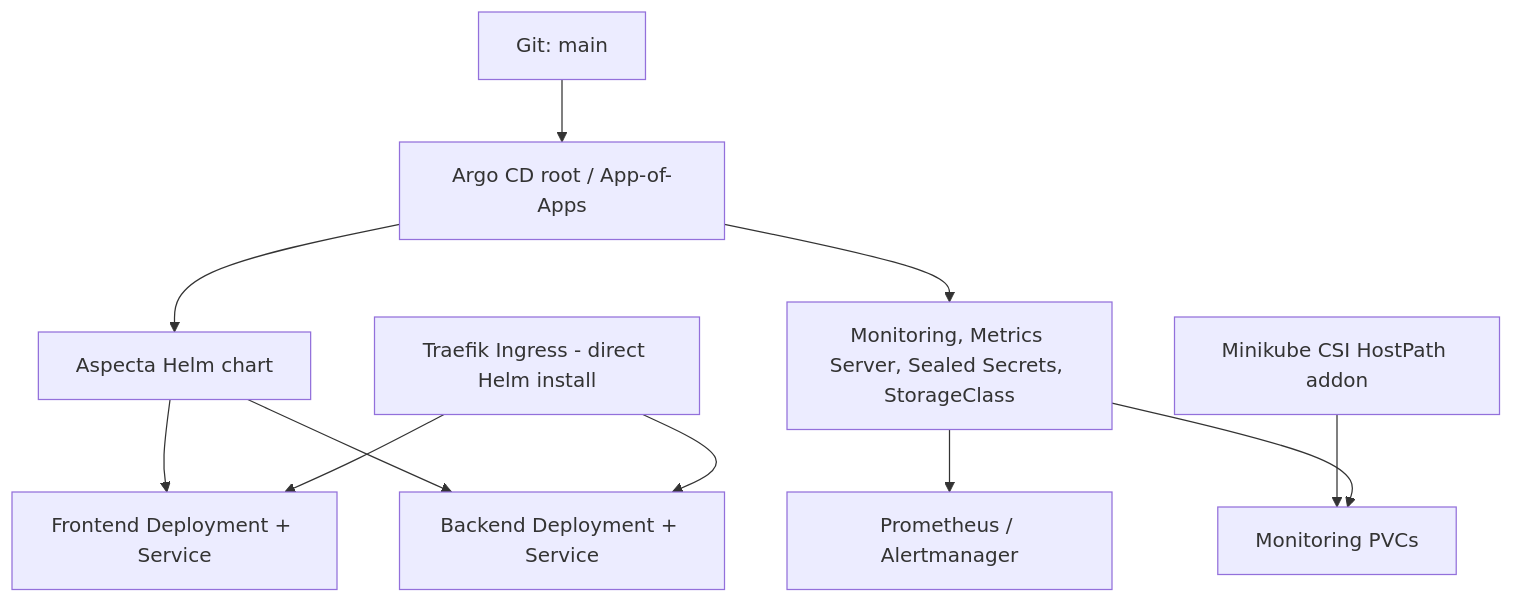
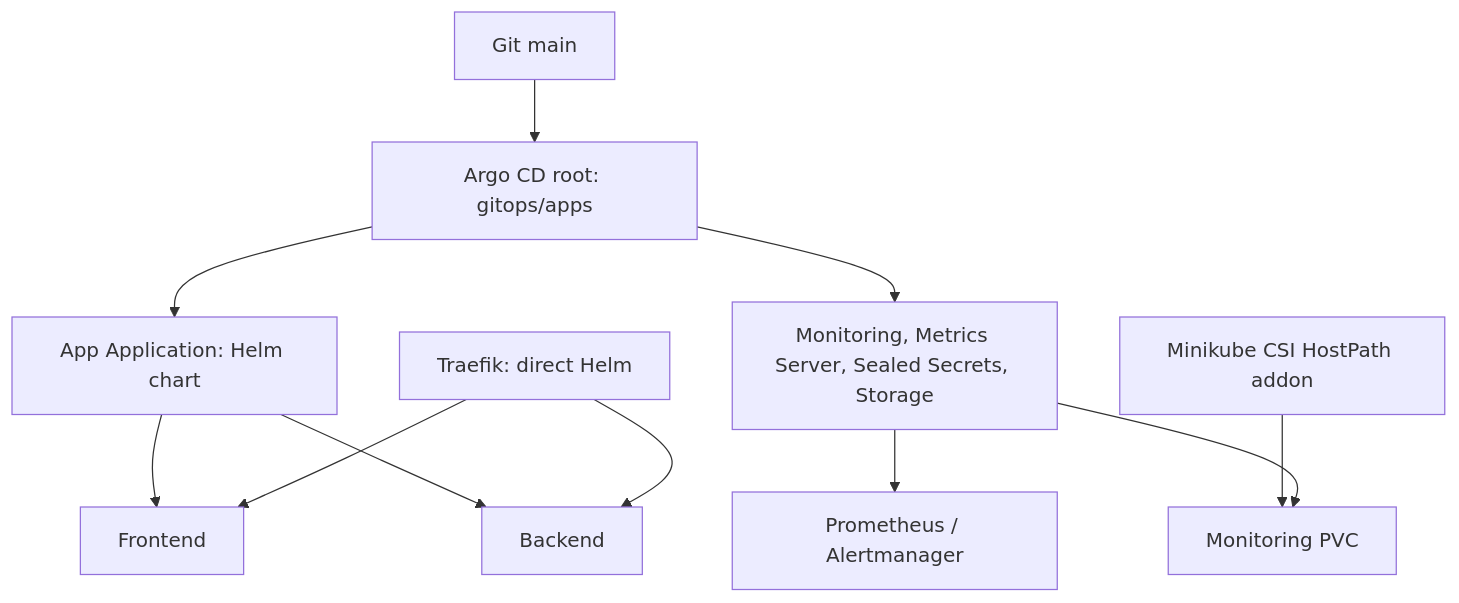
One commit to jansoltys9/aspecta-k8s-assignment changed the diagram in docs/REPOSITORY-AND-GITOPS-MAP.md. Above: the diagram before and after it, drawn with Mermaid. The commit also changed other lines of this file and 10 other files, not shown here.

````diff
--- a/docs/REPOSITORY-AND-GITOPS-MAP.md
+++ b/docs/REPOSITORY-AND-GITOPS-MAP.md
@@ -21,13 +16,13 @@
 ```mermaid
 flowchart TD
-  Repo[Git: main] --> Root[Argo CD root / App-of-Apps]
-  Root --> App[Aspecta Helm chart]
-  Root --> Addons[Monitoring, Metrics Server, Sealed Secrets, StorageClass]
-  App --> FE[Frontend Deployment + Service]
-  App --> BE[Backend Deployment + Service]
-  Traefik[Traefik Ingress - direct Helm install] --> FE
-  Traefik --> BE
-  Addons --> Metrics[Prometheus / Alertmanager]
-  CSI[Minikube CSI HostPath addon] --> PVC[Monitoring PVCs]
-  Addons --> PVC
+  Git[Git main] --> Root[Argo CD root: gitops/apps]
+  Root --> App[App Application: Helm chart]
+  Root --> Mon[Monitoring, Metrics Server, Sealed Secrets, Storage]
+  App --> Front[Frontend]
+  App --> Back[Backend]
+  Mon --> AM[Prometheus / Alertmanager]
+  Traefik[Traefik: direct Helm] --> Front
+  Traefik --> Back
+  CSI[Minikube CSI HostPath addon] --> PVC[Monitoring PVC]
+  Mon --> PVC
 ```
````
